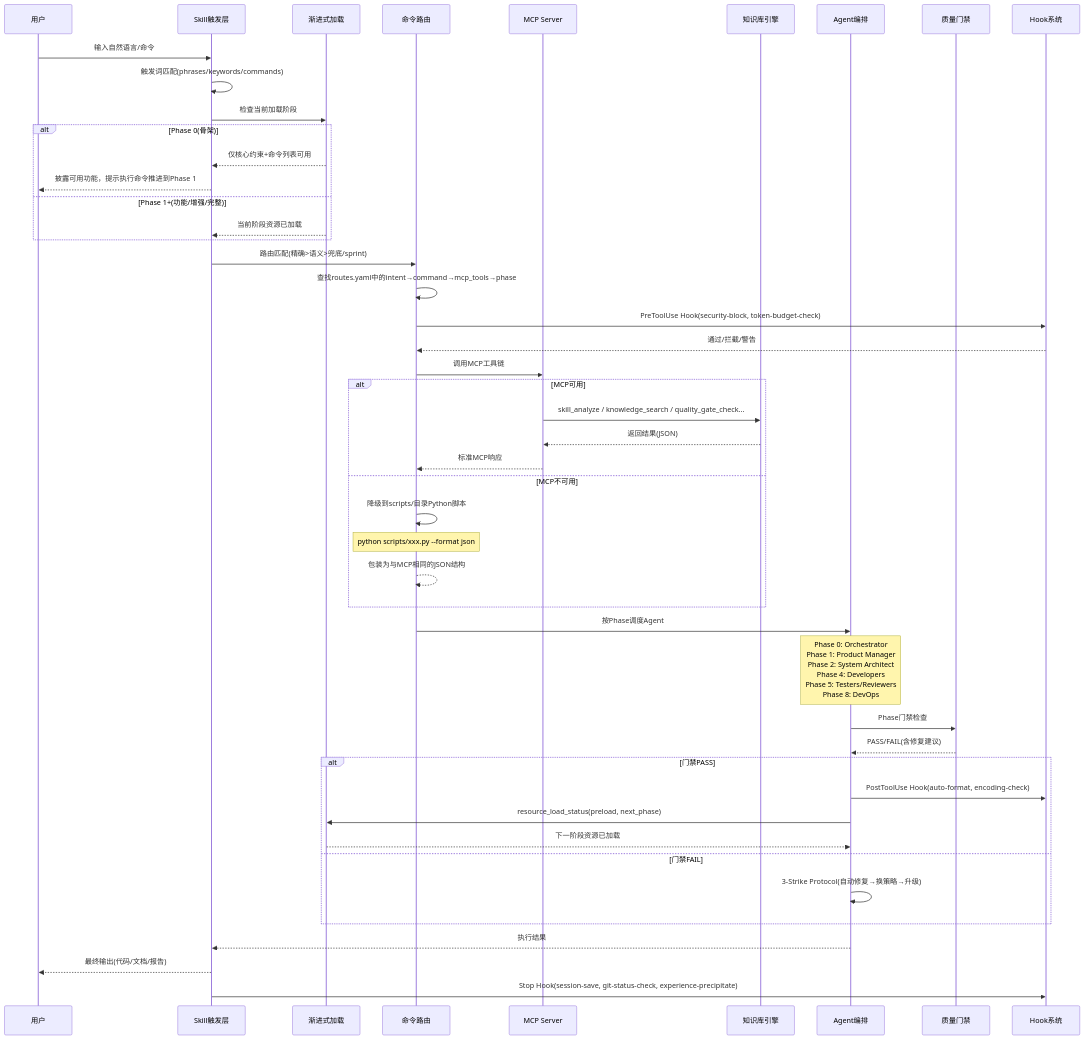
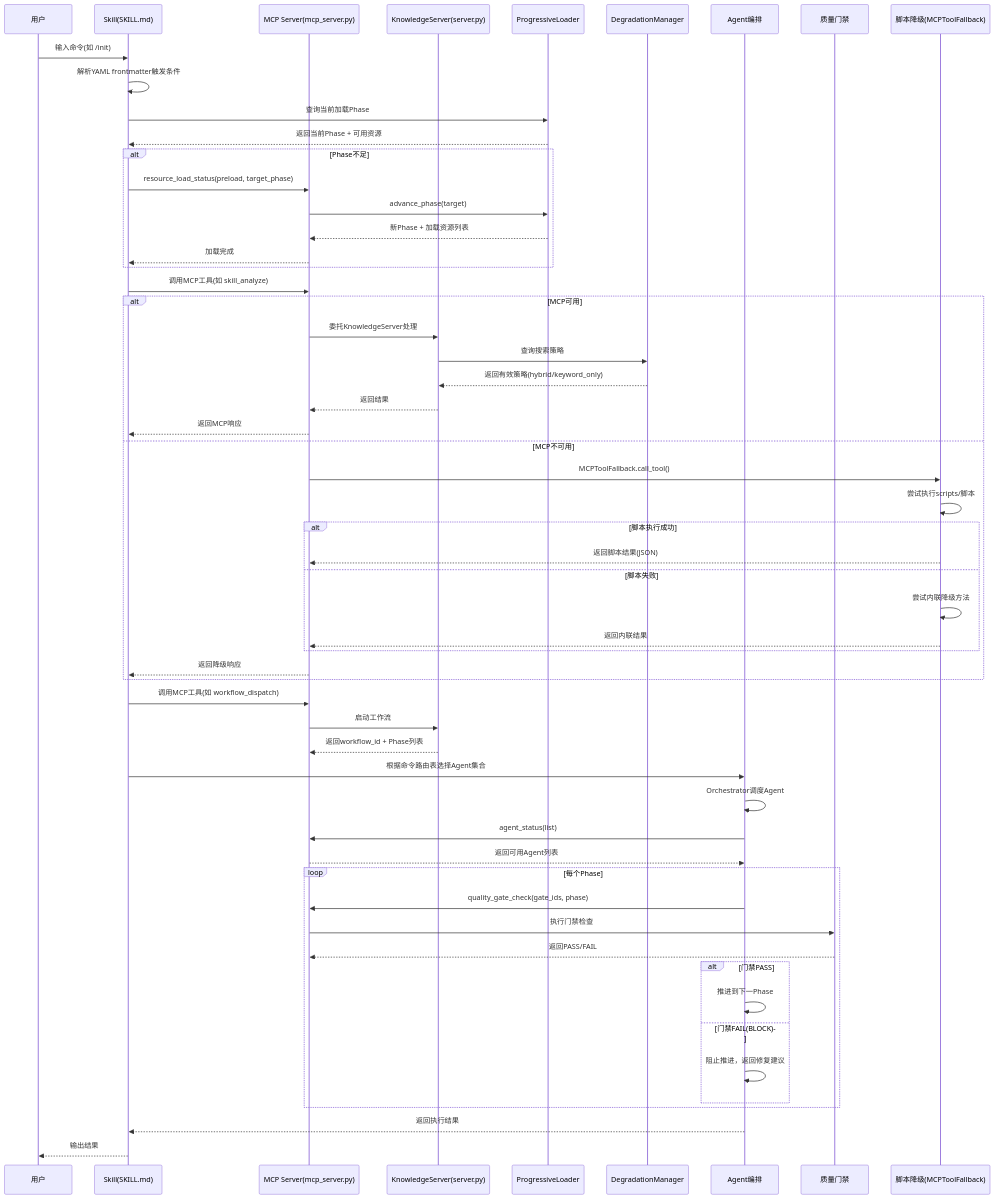
One commit to xuanyuanchumo/xuansto changed the diagram in docs/plan/ARCHITECTURE.md. Above: the diagram before and after it, drawn with Mermaid. The commit also changed other lines of this file and 8 other files, not shown here.

````diff
--- a/docs/plan/ARCHITECTURE.md
+++ b/docs/plan/ARCHITECTURE.md
@@ -386,60 +546,67 @@
 ```mermaid
 sequenceDiagram
     participant U as 用户
-    participant S as Skill触发层
-    participant PL as 渐进式加载
-    participant CR as 命令路由
-    participant MCP as MCP Server
-    participant KB as 知识库引擎
-    participant AG as Agent编排
-    participant QG as 质量门禁
-    participant H as Hook系统
+    participant S as Skill(SKILL.md)
+    participant M as MCP Server(mcp_server.py)
+    participant K as KnowledgeServer(server.py)
+    participant P as ProgressiveLoader
+    participant D as DegradationManager
+    participant A as Agent编排
+    participant Q as 质量门禁
+    participant F as 脚本降级(MCPToolFallback)
 
-    U->>S: 输入自然语言/命令
-    S->>S: 触发词匹配(phrases/keywords/commands)
-    S->>PL: 检查当前加载阶段
+    U->>S: 输入命令(如 /init)
+    S->>S: 解析YAML frontmatter触发条件
+    S->>P: 查询当前加载Phase
+    P-->>S: 返回当前Phase + 可用资源
 
-    alt Phase 0(骨架)
-        PL-->>S: 仅核心约束+命令列表可用
-        S-->>U: 披露可用功能，提示执行命令推进到Phase 1
-    else Phase 1+(功能/增强/完整)
-        PL-->>S: 当前阶段资源已加载
+    alt Phase不足
+        S->>M: resource_load_status(preload, target_phase)
+        M->>P: advance_phase(target)
+        P-->>M: 新Phase + 加载资源列表
+        M-->>S: 加载完成
     end
 
-    S->>CR: 路由匹配(精确>语义>兜底/sprint)
-    CR->>CR: 查找routes.yaml中的intent→command→mcp_tools→phase
-
-    CR->>H: PreToolUse Hook(security-block, token-budget-check)
-    H-->>CR: 通过/拦截/警告
-
-    CR->>MCP: 调用MCP工具链
-
+    S->>M: 调用MCP工具(如 skill_analyze)
+    
     alt MCP可用
-        MCP->>KB: skill_analyze / knowledge_search / quality_gate_check...
-        KB-->>MCP: 返回结果(JSON)
-        MCP-->>CR: 标准MCP响应
+        M->>K: 委托KnowledgeServer处理
+        K->>D: 查询搜索策略
+        D-->>K: 返回有效策略(hybrid/keyword_only)
+        K-->>M: 返回结果
+        M-->>S: 返回MCP响应
     else MCP不可用
-        CR->>CR: 降级到scripts/目录Python脚本
-        Note over CR: python scripts/xxx.py --format json
-        CR-->>CR: 包装为与MCP相同的JSON结构
+        M->>F: MCPToolFallback.call_tool()
+        F->>F: 尝试执行scripts/脚本
+        alt 脚本执行成功
+            F-->>M: 返回脚本结果(JSON)
+        else 脚本失败
+            F->>F: 尝试内联降级方法
+            F-->>M: 返回内联结果
+        end
+        M-->>S: 返回降级响应
     end
 
-    CR->>AG: 按Phase调度Agent
-    Note over AG: Phase 0: Orchestrator<br/>Phase 1: Product Manager<br/>Phase 2: System Architect<br/>Phase 4: Developers<br/>Phase 5: Testers/Reviewers<br/>Phase 8: DevOps
+    S->>M: 调用MCP工具(如 workflow_dispatch)
+    M->>K: 启动工作流
+    K-->>M: 返回workflow_id + Phase列表
 
-    AG->>QG: Phase门禁检查
-    QG-->>AG: PASS/FAIL(含修复建议)
+    S->>A: 根据命令路由表选择Agent集合
+    A->>A: Orchestrator调度Agent
+    A->>M: agent_status(list)
+    M-->>A: 返回可用Agent列表
 
-    alt 门禁PASS
-        AG->>H: PostToolUse Hook(auto-format, encoding-check)
-        AG->>PL: resource_load_status(preload, next_phase)
-        PL-->>AG: 下一阶段资源已加载
-    else 门禁FAIL
-        AG->>AG: 3-Strike Protocol(自动修复→换策略→升级)
+    loop 每个Phase
+        A->>M: quality_gate_check(gate_ids, phase)
+        M->>Q: 执行门禁检查
+        Q-->>M: 返回PASS/FAIL
+        alt 门禁PASS
+            A->>A: 推进到下一Phase
+        else 门禁FAIL(BLOCK)
+            A->>A: 阻止推进，返回修复建议
+        end
     end
 
-    AG-->>S: 执行结果
-    S-->>U: 最终输出(代码/文档/报告)
-
-    S->>H: Stop Hook(session-save, git-status-check, experience-precipitate)
+    A-->>S: 返回执行结果
+    S-->>U: 输出结果
 ```
````
